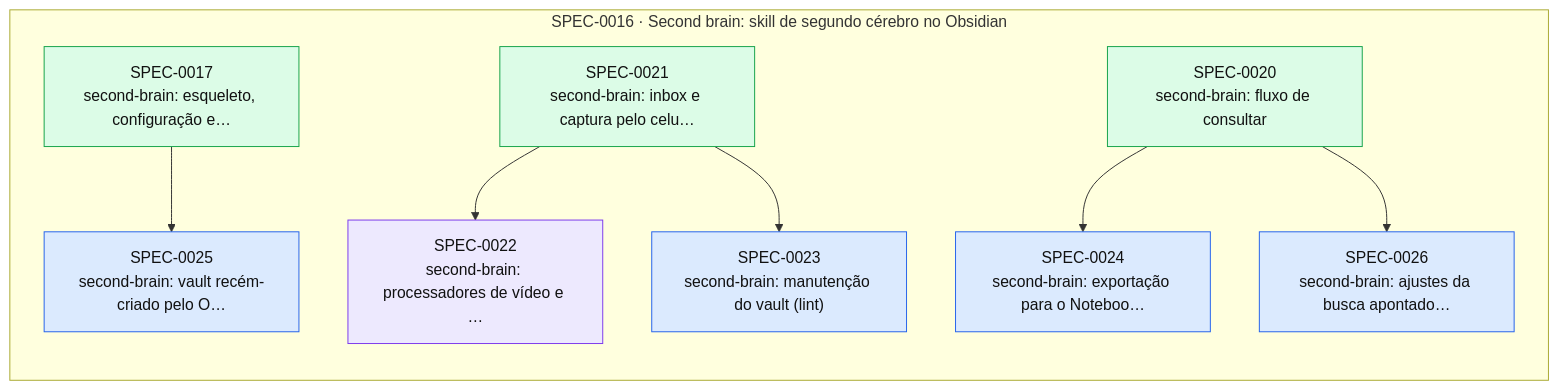
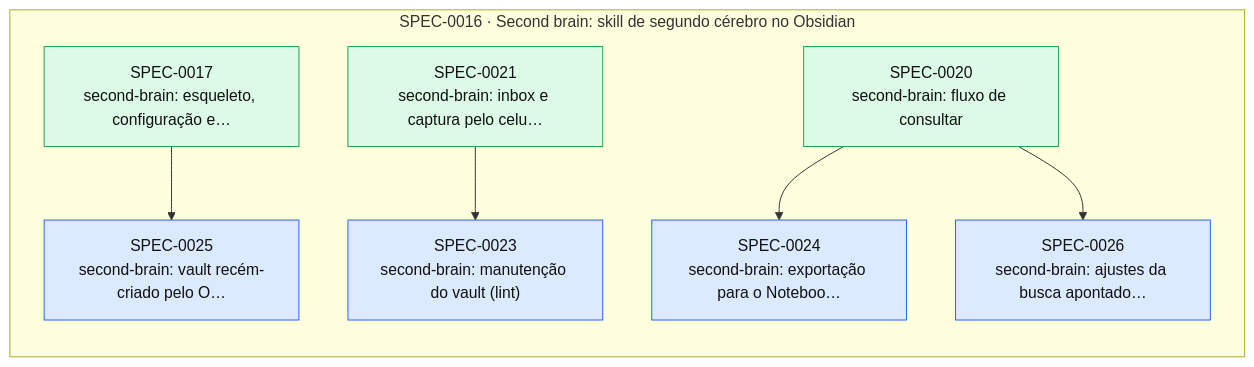
One commit to thomasravache/ai-dev-brain changed the diagram in docs/specs/INDEX.md. Above: the diagram before and after it, drawn with Mermaid. The commit also changed other lines of this file and 1 other file, not shown here.

First line of the commit message:
docs(specs): G7 e fechamento da SPEC-0022

````diff
--- a/docs/specs/INDEX.md
+++ b/docs/specs/INDEX.md
@@ -49,23 +48,21 @@
 ```mermaid
 flowchart LR
   subgraph E0016["SPEC-0016 · Second brain: skill de segundo cérebro no Obsidian"]
     S0017["SPEC-0017<br/>second-brain: esqueleto, configuração e…"]:::implemented
     S0020["SPEC-0020<br/>second-brain: fluxo de consultar"]:::implemented
     S0021["SPEC-0021<br/>second-brain: inbox e captura pelo celu…"]:::implemented
-    S0022["SPEC-0022<br/>second-brain: processadores de vídeo e …"]:::inprogress
     S0023["SPEC-0023<br/>second-brain: manutenção do vault (lint)"]:::approved
     S0024["SPEC-0024<br/>second-brain: exportação para o Noteboo…"]:::approved
     S0025["SPEC-0025<br/>second-brain: vault recém-criado pelo O…"]:::approved
     S0026["SPEC-0026<br/>second-brain: ajustes da busca apontado…"]:::approved
   end
-  S0021 --> S0022
   S0021 --> S0023
   S0020 --> S0024
   S0017 --> S0025
   S0020 --> S0026
   classDef proposed fill:#fef3c7,stroke:#d97706,color:#111
   classDef approved fill:#dbeafe,stroke:#2563eb,color:#111
   classDef inprogress fill:#ede9fe,stroke:#7c3aed,color:#111
   classDef implemented fill:#dcfce7,stroke:#16a34a,color:#111
   classDef deprecated fill:#f3f4f6,stroke:#9ca3af,color:#6b7280
 ```
````
